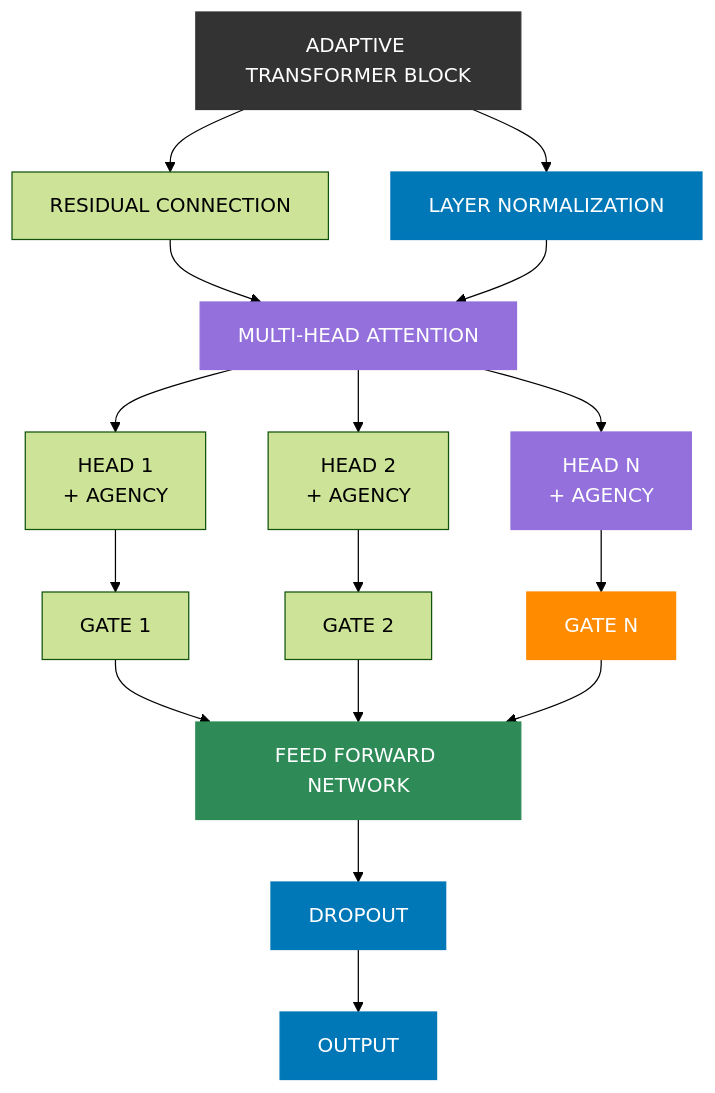
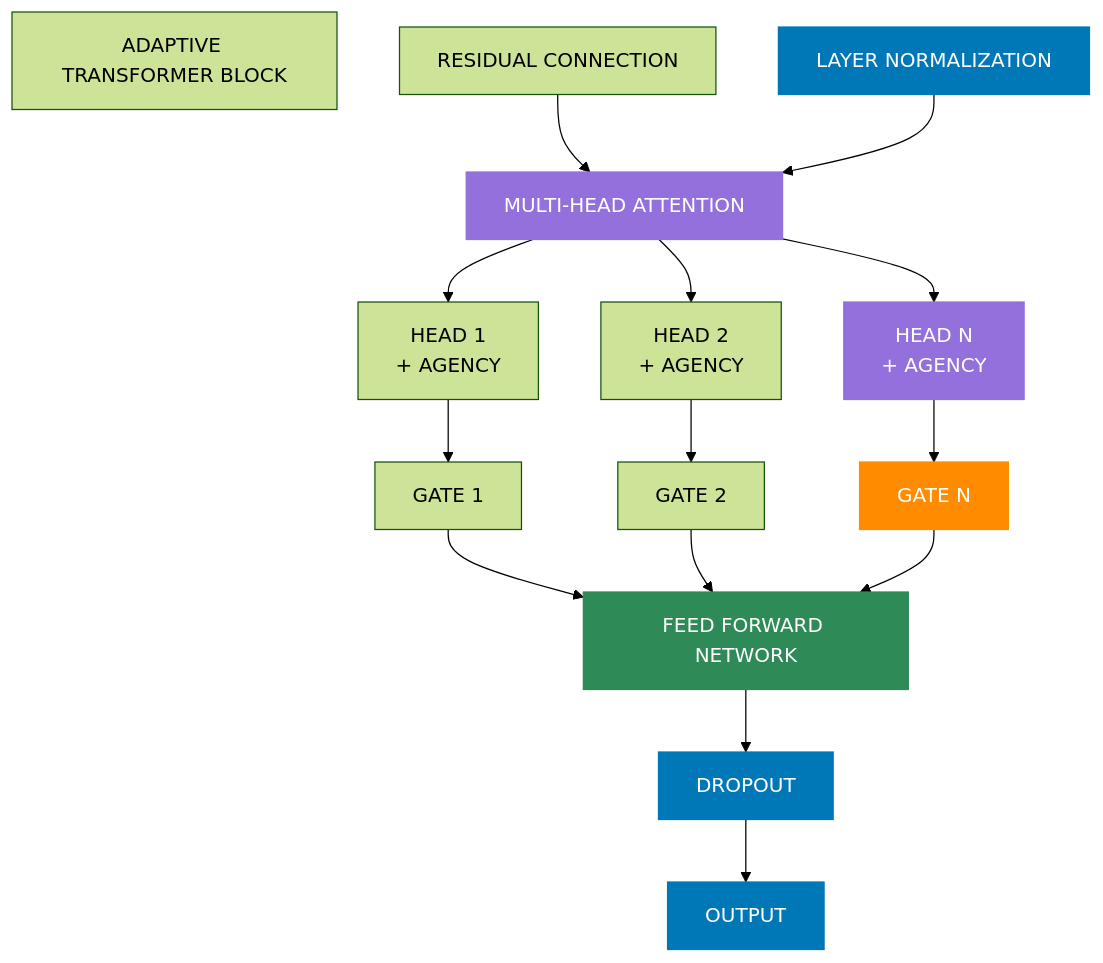
Before and after one commit to CambrianTech/sentinel-ai: the sixth of 6 diagrams in README.md, drawn with Mermaid (forest theme). The commit also changed other lines of this file, not shown here.

First line of the commit message:
Fix chart title nodes in all diagrams

````diff
--- a/README.md
+++ b/README.md
@@ -521,51 +516,50 @@
 ```mermaid
 flowchart TD
     classDef standard fill:#333,stroke:#333,stroke-width:1px,color:#fff
     classDef layer fill:#0078b8,stroke:#0078b8,stroke-width:1px,color:#fff
     classDef attention fill:#9370db,stroke:#9370db,stroke-width:1px,color:#fff
     classDef ffn fill:#2e8b57,stroke:#2e8b57,stroke-width:1px,color:#fff
     classDef head fill:#ff8c00,stroke:#ff8c00,stroke-width:1px,color:#fff
     
     %% Main Components
-    title["ADAPTIVE TRANSFORMER BLOCK"]
+    header["ADAPTIVE TRANSFORMER BLOCK"]
     residual["RESIDUAL CONNECTION"]
     norm["LAYER NORMALIZATION"]
     attention["MULTI-HEAD ATTENTION"]
     ffn["FEED FORWARD NETWORK"]
     dropout["DROPOUT"]
     output["OUTPUT"]
     
     %% Attention Components
     head1["HEAD 1<br/>+ AGENCY"]
     head2["HEAD 2<br/>+ AGENCY"]
     headn["HEAD N<br/>+ AGENCY"]
     
     gate1["GATE 1"]
     gate2["GATE 2"]
     gaten["GATE N"]
     
     %% Connections
-    title --> residual & norm
-    
+        
     residual & norm --> attention
     
     attention --> head1 & head2 & headn
     head1 --> gate1
     head2 --> gate2
     headn --> gaten
     
     gate1 & gate2 & gaten --> ffn
     ffn --> dropout
     dropout --> output
     
     %% Styling
-    title:::standard
+    header:::header
     residual & norm:::layer
     attention:::attention
     ffn:::ffn
     dropout:::layer
     output:::layer
     
     head1 & head2 & headn:::attention
     gate1 & gate2 & gaten:::head
 ```
````
